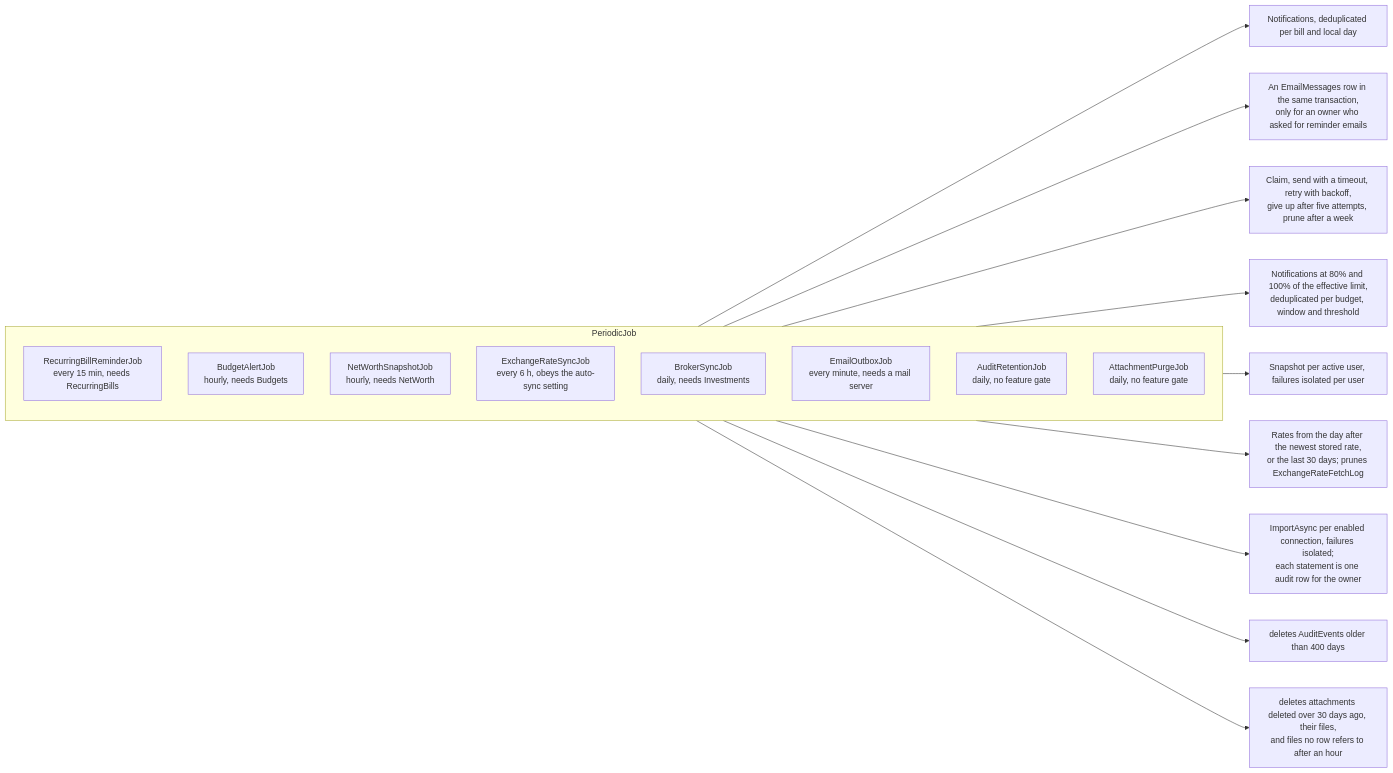
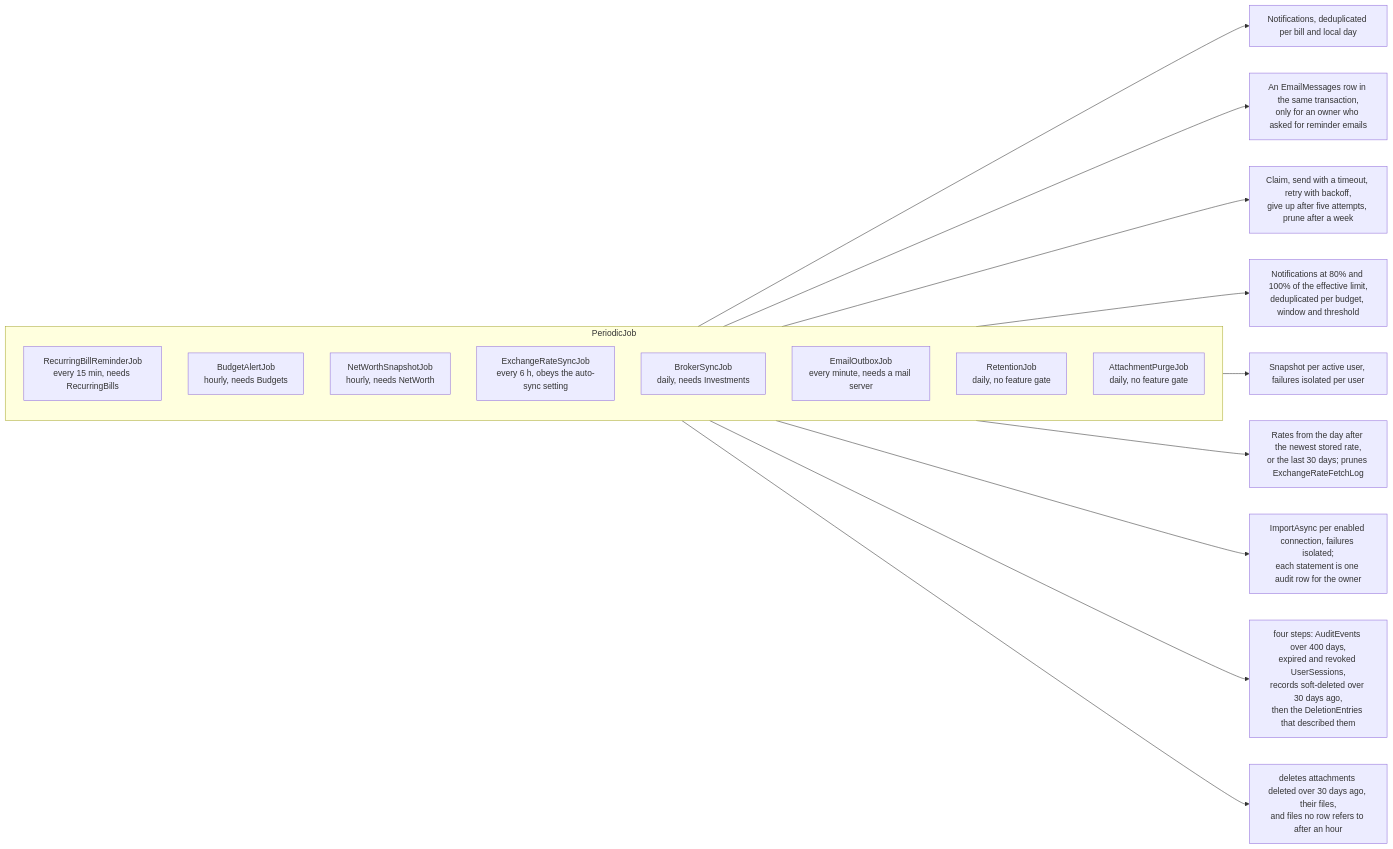
One commit to Justxs/Jx-Finance changed the first of 2 diagrams in docs/features/23. Background jobs.md. Above: the diagram before and after it, drawn with Mermaid. The commit also changed other lines of this file and 19 other files, not shown here.

````diff
--- a/docs/features/23. Background jobs.md
+++ b/docs/features/23. Background jobs.md
@@ -7,23 +7,23 @@
 ```mermaid
 flowchart LR
     subgraph PeriodicJob
         direction TB
         R["RecurringBillReminderJob<br/>every 15 min, needs RecurringBills"]
         A["BudgetAlertJob<br/>hourly, needs Budgets"]
         N["NetWorthSnapshotJob<br/>hourly, needs NetWorth"]
         E["ExchangeRateSyncJob<br/>every 6 h, obeys the auto-sync setting"]
         B["BrokerSyncJob<br/>daily, needs Investments"]
         M["EmailOutboxJob<br/>every minute, needs a mail server"]
-        L["AuditRetentionJob<br/>daily, no feature gate"]
+        L["RetentionJob<br/>daily, no feature gate"]
         P["AttachmentPurgeJob<br/>daily, no feature gate"]
     end
     R --> Notif["Notifications, deduplicated per bill and local day"]
     R --> Mail["An EmailMessages row in the same transaction,<br/>only for an owner who asked for reminder emails"]
     M --> Send["Claim, send with a timeout, retry with backoff,<br/>give up after five attempts, prune after a week"]
     A --> Alert["Notifications at 80% and 100% of the effective limit,<br/>deduplicated per budget, window and threshold"]
     N --> Snap["Snapshot per active user, failures isolated per user"]
     E --> Rates["Rates from the day after the newest stored rate,<br/>or the last 30 days; prunes ExchangeRateFetchLog"]
     B --> Imp["ImportAsync per enabled connection, failures isolated;<br/>each statement is one audit row for the owner"]
-    L --> Prune["deletes AuditEvents older than 400 days"]
+    L --> Prune["four steps: AuditEvents over 400 days,<br/>expired and revoked UserSessions,<br/>records soft-deleted over 30 days ago,<br/>then the DeletionEntries that described them"]
     P --> Purge["deletes attachments deleted over 30 days ago, their files,<br/>and files no row refers to after an hour"]
 ```
````
